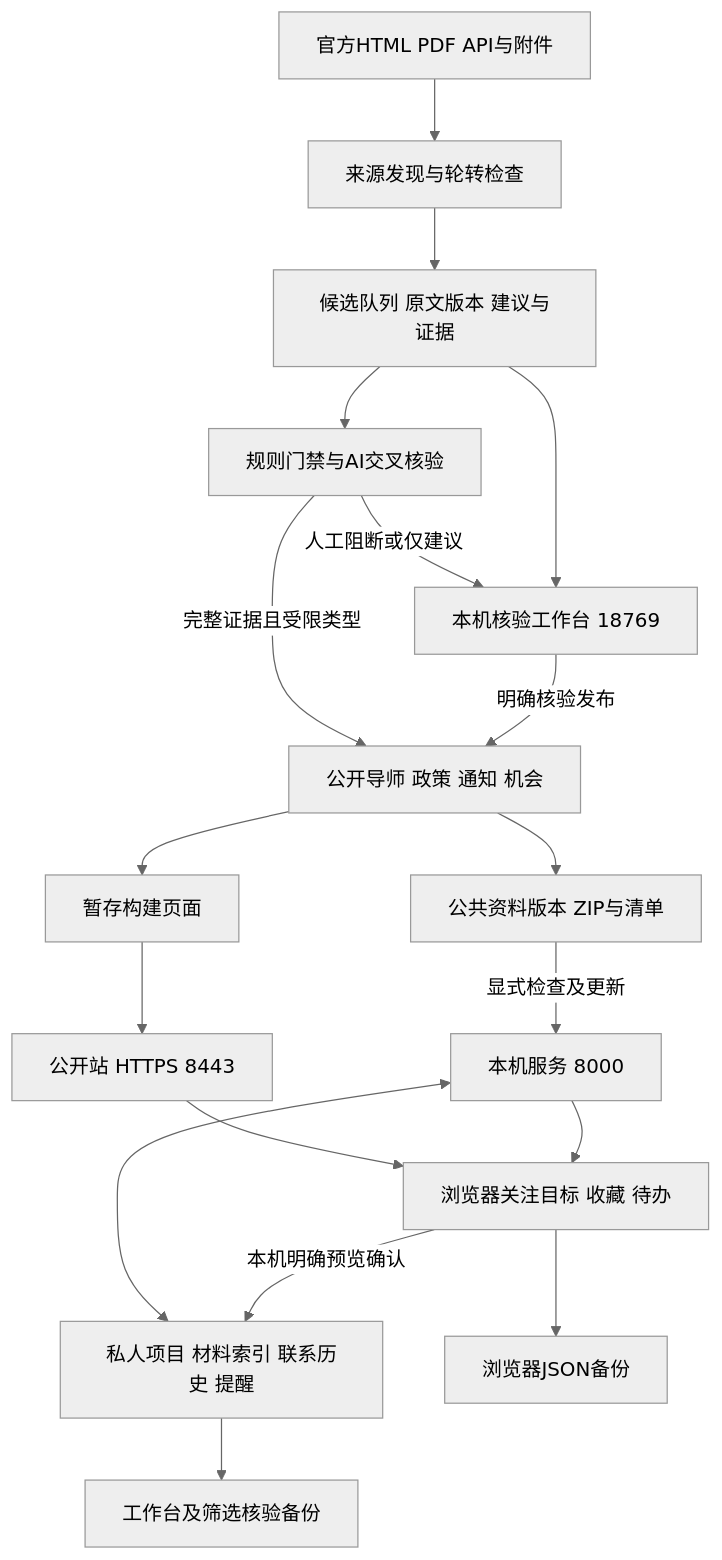
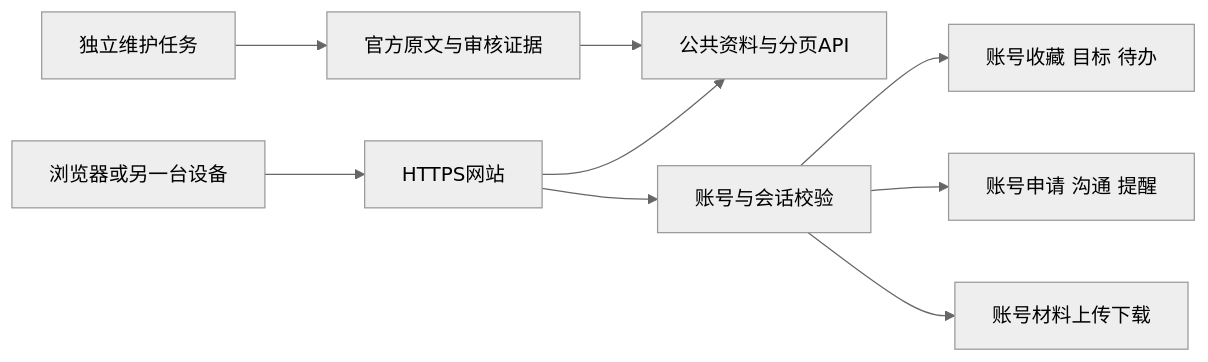
The diagram in ARCHITECTURE.md (kanosa0101/Mentor-Research-and-Analysis-Tool), drawn with Mermaid (neutral theme) before and after one commit. The commit also changed other lines of this file and 7265 other files, not shown here.

````diff
--- a/ARCHITECTURE.md
+++ b/ARCHITECTURE.md
@@ -7,20 +5,11 @@
 ```mermaid
-flowchart TD
-  Official[官方HTML PDF API与附件] --> Discovery[来源发现与轮转检查]
-  Discovery --> Queue[候选队列 原文版本 建议与证据]
-  Queue --> Auto[规则门禁与AI交叉核验]
-  Auto -->|完整证据且受限类型| Public
-  Auto -->|人工阻断或仅建议| Review[本机核验工作台 18769]
-  Queue --> Review
-  Review -->|明确核验发布| Public[公开导师 政策 通知 机会]
-  Public --> Build[暂存构建页面]
-  Build --> Web[公开站 HTTPS 8443]
-  Public --> Snapshot[公共资料版本 ZIP与清单]
-  Snapshot -->|显式检查及更新| Local[本机服务 8000]
-  Web --> Browser[浏览器关注目标 收藏 待办]
-  Local --> Browser
-  Local <--> Private[私人项目 材料索引 联系历史 提醒]
-  Browser -->|本机明确预览确认| Private
-  Browser --> BrowserBackup[浏览器JSON备份]
-  Private --> WorkflowBackup[工作台及筛选核验备份]
+flowchart LR
+  U[浏览器或另一台设备] --> S[HTTPS网站]
+  S --> P[公共资料与分页API]
+  S --> A[账号与会话校验]
+  A --> L[账号收藏 目标 待办]
+  A --> W[账号申请 沟通 提醒]
+  A --> F[账号材料上传下载]
+  M[独立维护任务] --> E[官方原文与审核证据]
+  E --> P
 ```
````
